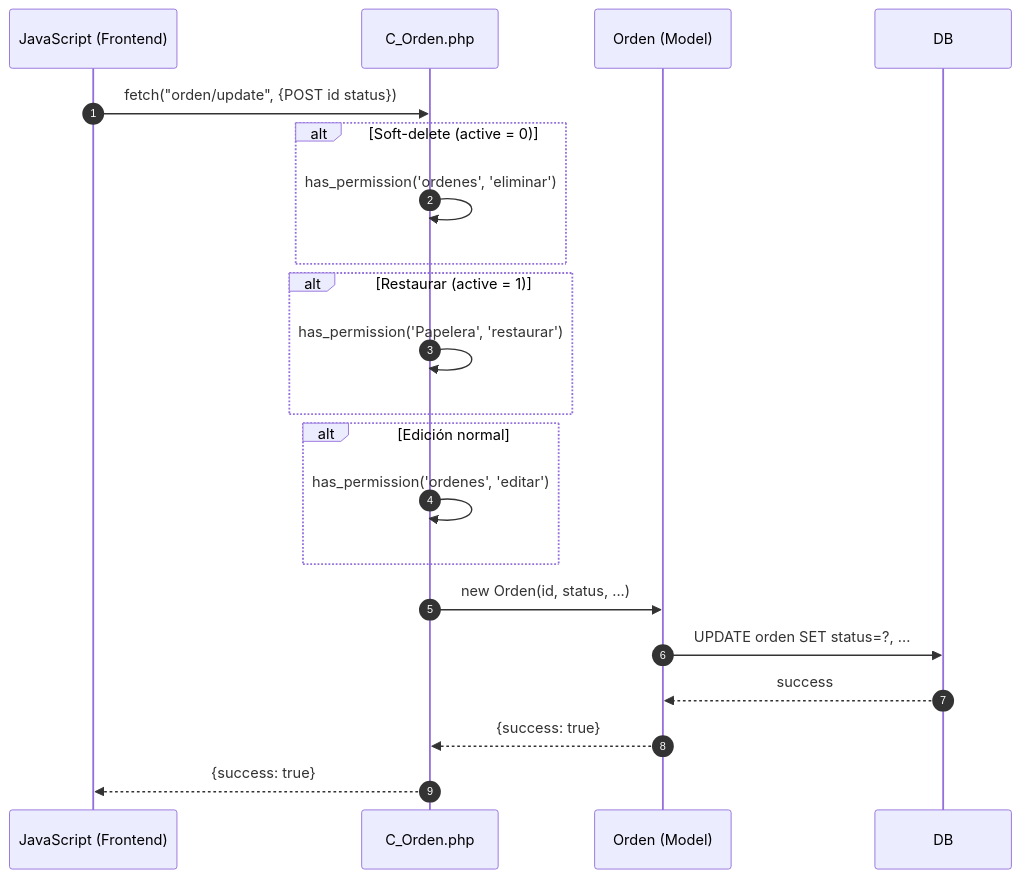
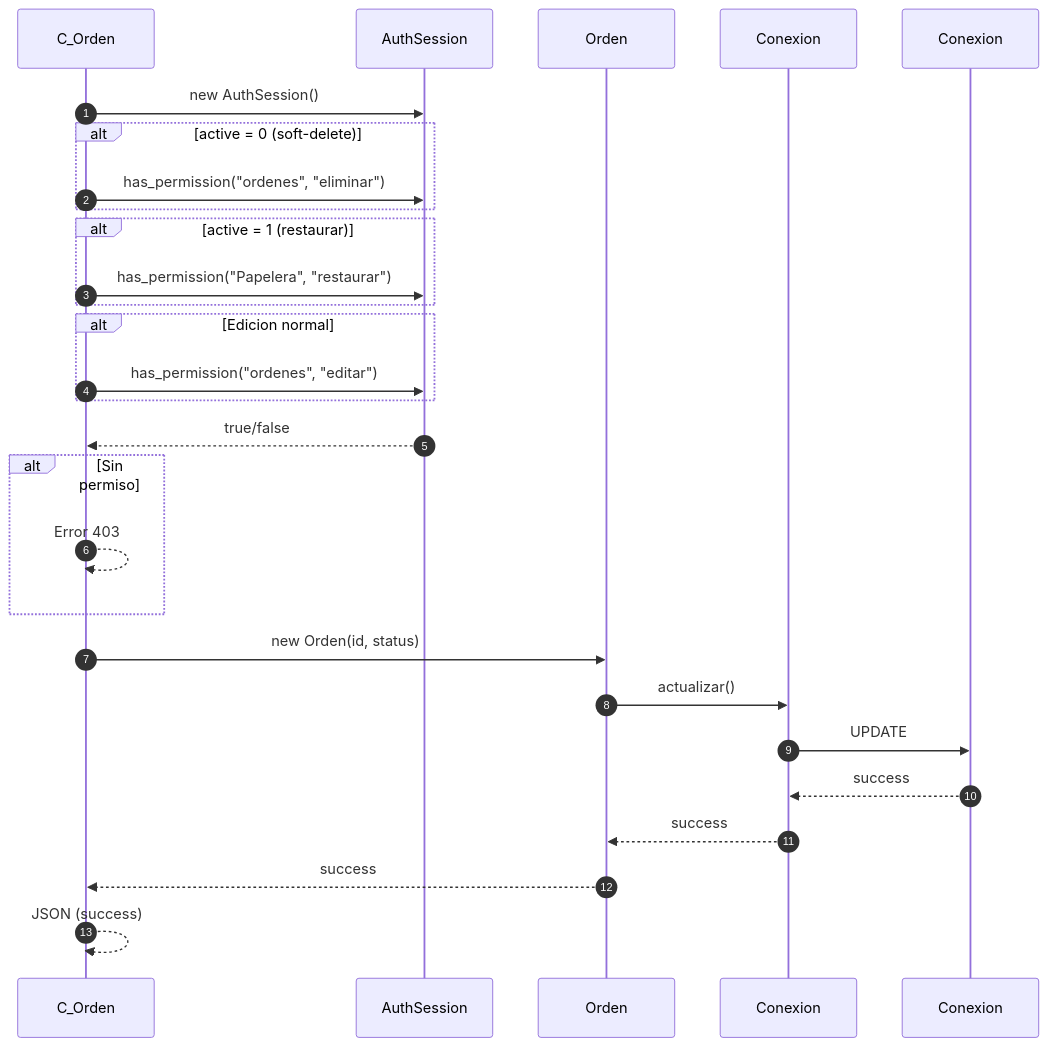
One commit to Tecrato/BurgerHouse changed the third of 4 diagrams in docs/secuencia/ordenes/agregar_orden.md. Above: the diagram before and after it, drawn with Mermaid. The commit also changed other lines of this file and 4 other files, not shown here.

Commit message:
ahora si, asi deberian ser los diagramas de secuencia

````diff
--- a/docs/secuencia/ordenes/agregar_orden.md
+++ b/docs/secuencia/ordenes/agregar_orden.md
@@ -155,28 +180,37 @@
 ```mermaid
 sequenceDiagram
     autonumber
-    participant JS as JavaScript (Frontend)
-    participant C_Orden as C_Orden.php
-    participant Orden as Orden (Model)
+    participant C_Orden as C_Orden
+    participant AuthSession as AuthSession
+    participant Orden as Orden
+    participant Db_base as Conexion
     
-    JS->>C_Orden: fetch("orden/update", {POST id status})
+    C_Orden->>AuthSession: new AuthSession()
     
-    alt Soft-delete (active = 0)
-        C_Orden->>C_Orden: has_permission('ordenes', 'eliminar')
+    alt active = 0 (soft-delete)
+        C_Orden->>AuthSession: has_permission("ordenes", "eliminar")
     end
     
-    alt Restaurar (active = 1)
-        C_Orden->>C_Orden: has_permission('Papelera', 'restaurar')
+    alt active = 1 (restaurar)
+        C_Orden->>AuthSession: has_permission("Papelera", "restaurar")
     end
     
-    alt Edición normal
-        C_Orden->>C_Orden: has_permission('ordenes', 'editar')
+    alt Edicion normal
+        C_Orden->>AuthSession: has_permission("ordenes", "editar")
     end
     
-    C_Orden->>Orden: new Orden(id, status, ...)
-    Orden->>DB: UPDATE orden SET status=?, ...
-    DB-->>Orden: success
-    Orden-->>C_Orden: {success: true}
+    AuthSession-->>C_Orden: true/false
     
-    C_Orden-->>JS: {success: true}
+    alt Sin permiso
+        C_Orden-->>C_Orden: Error 403
+    end
+    
+    C_Orden->>Orden: new Orden(id, status)
+    Orden->>Db_base: actualizar()
+    Db_base->>Conexion: UPDATE
+    Conexion-->>Db_base: success
+    Db_base-->>Orden: success
+    Orden-->>C_Orden: success
+    
+    C_Orden-->>C_Orden: JSON (success)
 ```
````
